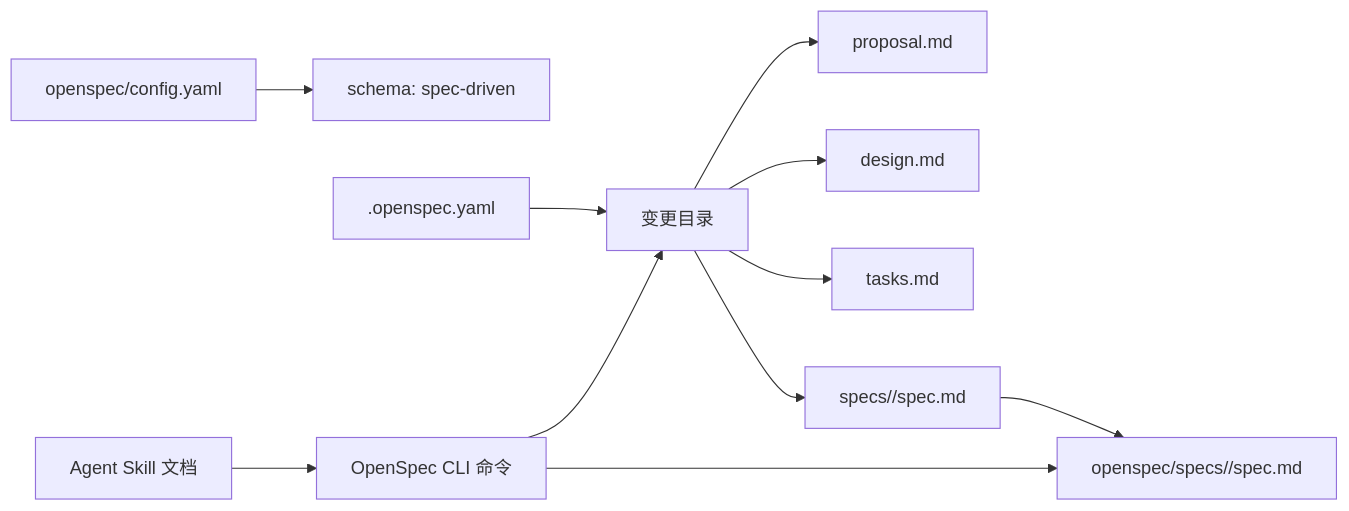
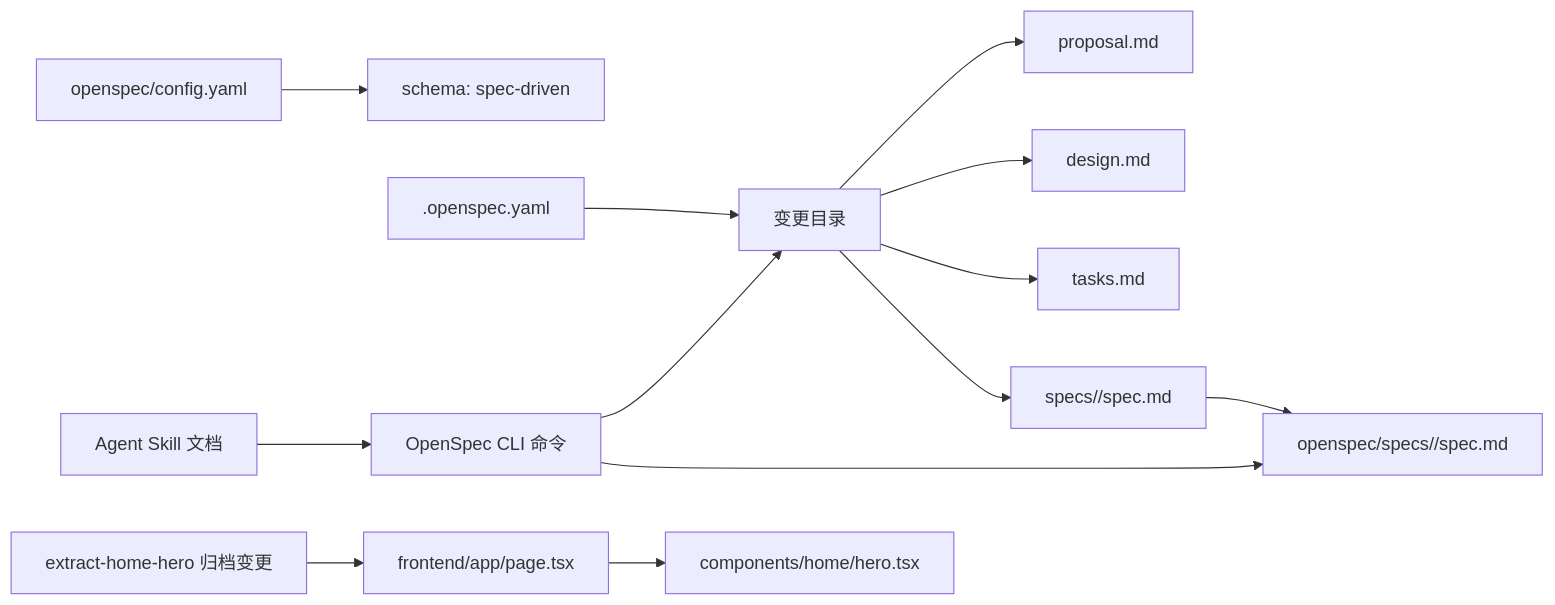
One commit to luyitiger6/my-first-project changed the ninth of 9 diagrams in .qoder/repowiki/zh/content/规格驱动开发/OpenSpec 工具使用.md. Above: the diagram before and after it, drawn with Mermaid. The commit also changed other lines of this file and 11 other files, not shown here.

````diff
--- a/.qoder/repowiki/zh/content/规格驱动开发/OpenSpec 工具使用.md
+++ b/.qoder/repowiki/zh/content/规格驱动开发/OpenSpec 工具使用.md
@@ -288,13 +355,15 @@
 ```mermaid
 graph LR
 Config["openspec/config.yaml"] --> Schema["schema: spec-driven"]
 Meta[".openspec.yaml"] --> ChangeDir["变更目录"]
 ChangeDir --> Proposal["proposal.md"]
 ChangeDir --> Design["design.md"]
 ChangeDir --> Tasks["tasks.md"]
 ChangeDir --> Delta["specs/<capability>/spec.md"]
 Delta --> MainSpec["openspec/specs/<capability>/spec.md"]
 Skills["Agent Skill 文档"] --> CLI["OpenSpec CLI 命令"]
 CLI --> ChangeDir
 CLI --> MainSpec
+ExtractHero["extract-home-hero 归档变更"] --> FrontendPage["frontend/app/page.tsx"]
+FrontendPage --> HeroComponent["components/home/hero.tsx"]
 ```
````
